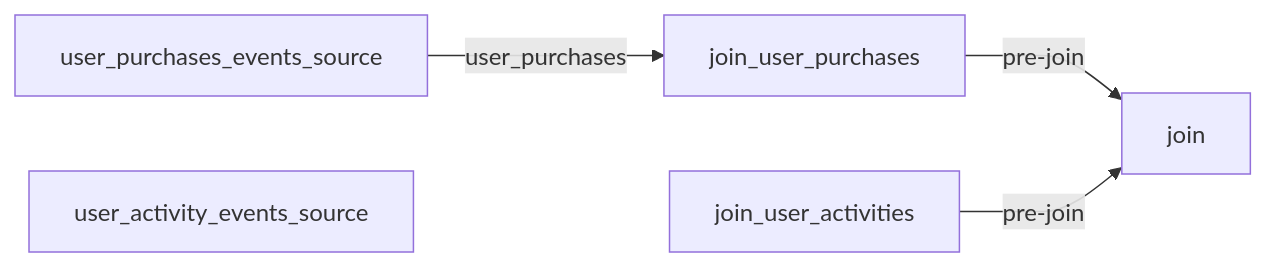
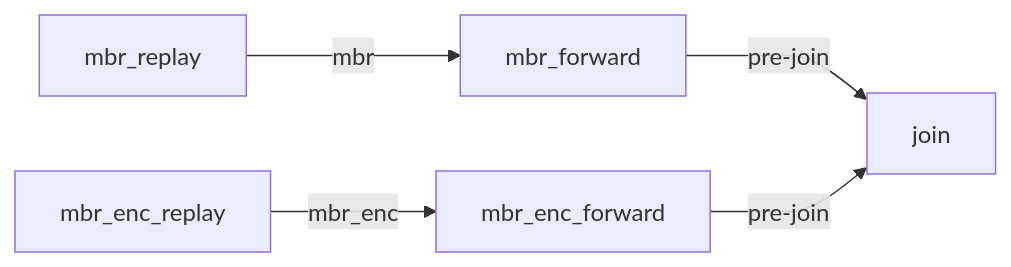
The diagram in pipeline.md (tomas-quix/joins), drawn with Mermaid before and after one commit. The commit also changed 27 other files, not shown here.

````diff
--- a/pipeline.md
+++ b/pipeline.md
@@ -1,9 +1,9 @@
 ```mermaid
 %%{ init: { 'flowchart': { 'curve': 'monotoneX' } } }%%
 graph LR;
-user_purchases_events_source[user_purchases_events_source] -->|user_purchases|join_user_purchases[join_user_purchases];
-join_user_purchases[join_user_purchases] -->|pre-join|join[join];
-join_user_activities[join_user_activities] -->|pre-join|join[join];
-user_activity_events_source[user_activity_events_source]
+mbr_forward[mbr_forward] -->|pre-join|join[join];
+mbr_enc_forward[mbr_enc_forward] -->|pre-join|join[join];
+mbr_replay[mbr_replay] -->|mbr|mbr_forward[mbr_forward];
+mbr_enc_replay[mbr_enc_replay] -->|mbr_enc|mbr_enc_forward[mbr_enc_forward];
 
 ```
````
